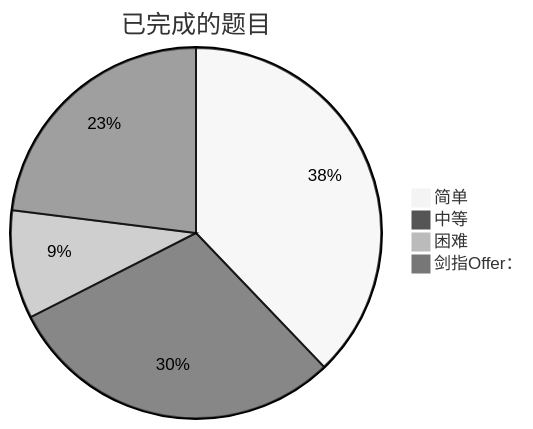
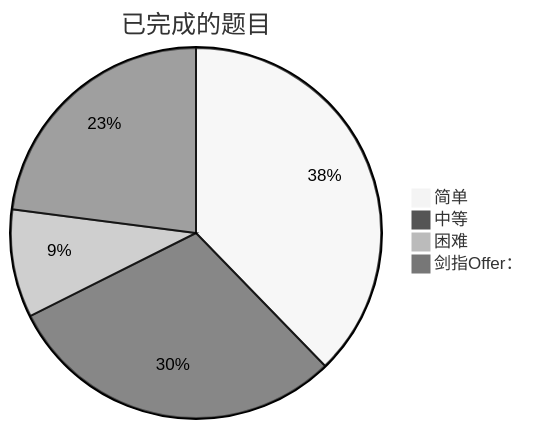
The diagram in README.md (kaisa911/LeetCode), drawn with Mermaid (neutral theme) before and after one commit. The commit also changed other lines of this file and 2 other files, not shown here.

````diff
--- a/README.md
+++ b/README.md
@@ -9,8 +9,8 @@
 ```mermaid
 pie title 已完成的题目
     "简单" : 120
-    "中等" : 94
+    "中等" : 95
     "困难" : 30
     "剑指Offer：" : 73
 
 ```
````
